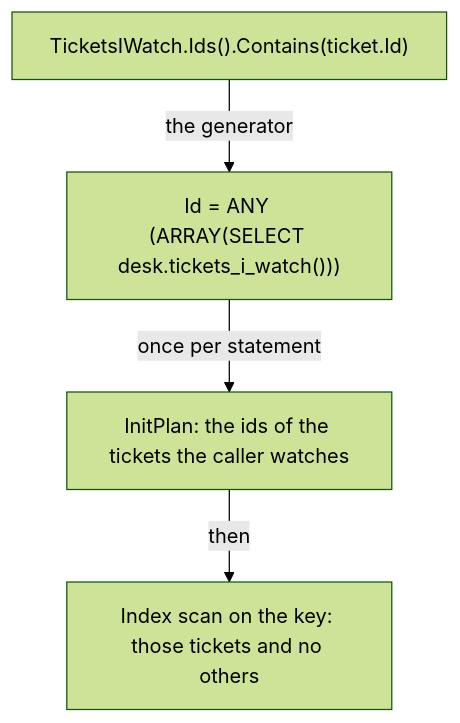
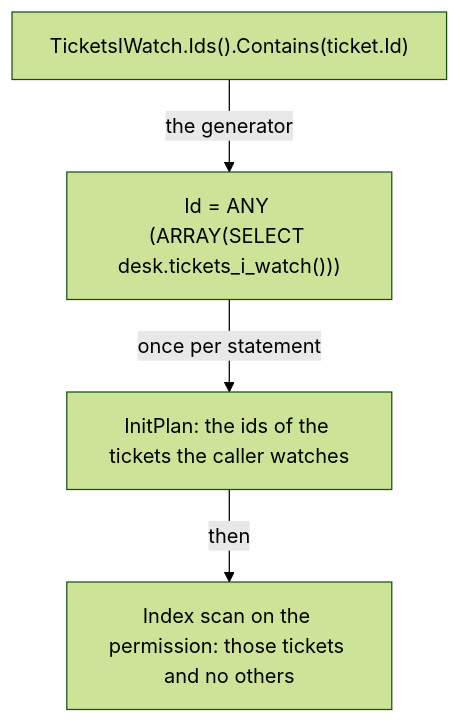
Before and after one commit to DylanSnel/DDDToolkit: the seventh of 14 diagrams in docs/row-level-security.md, drawn with Mermaid (forest theme). The commit also changed other lines of this file and 752 other files, not shown here.

````diff
--- a/docs/row-level-security.md
+++ b/docs/row-level-security.md
@@ -1221,6 +1221,6 @@
 ```mermaid
 flowchart TD
     Rule["TicketsIWatch.Ids().Contains(ticket.Id)"] -->|"the generator"| Policy["Id = ANY (ARRAY(SELECT desk.tickets_i_watch()))"]
     Policy -->|"once per statement"| Set["InitPlan: the ids of the tickets the caller watches"]
-    Set -->|"then"| Scan["Index scan on the key: those tickets and no others"]
+    Set -->|"then"| Scan["Index scan on the permission: those tickets and no others"]
 ```
````
